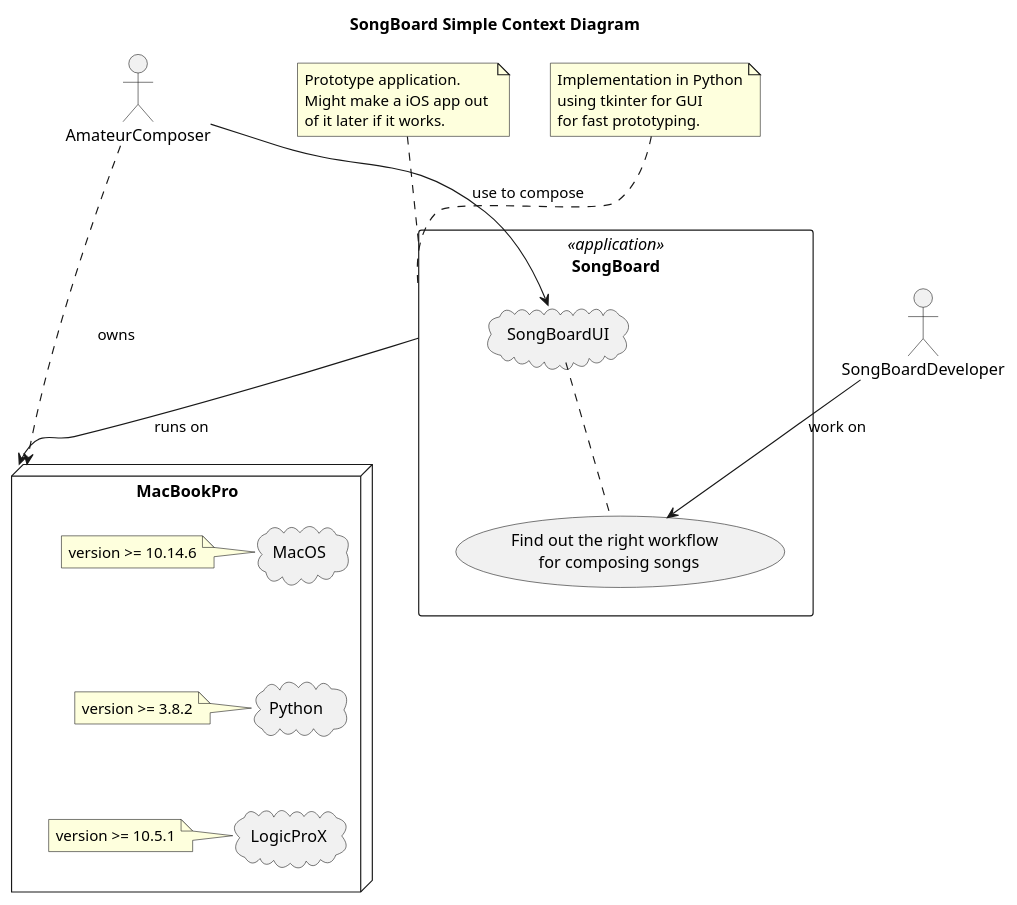
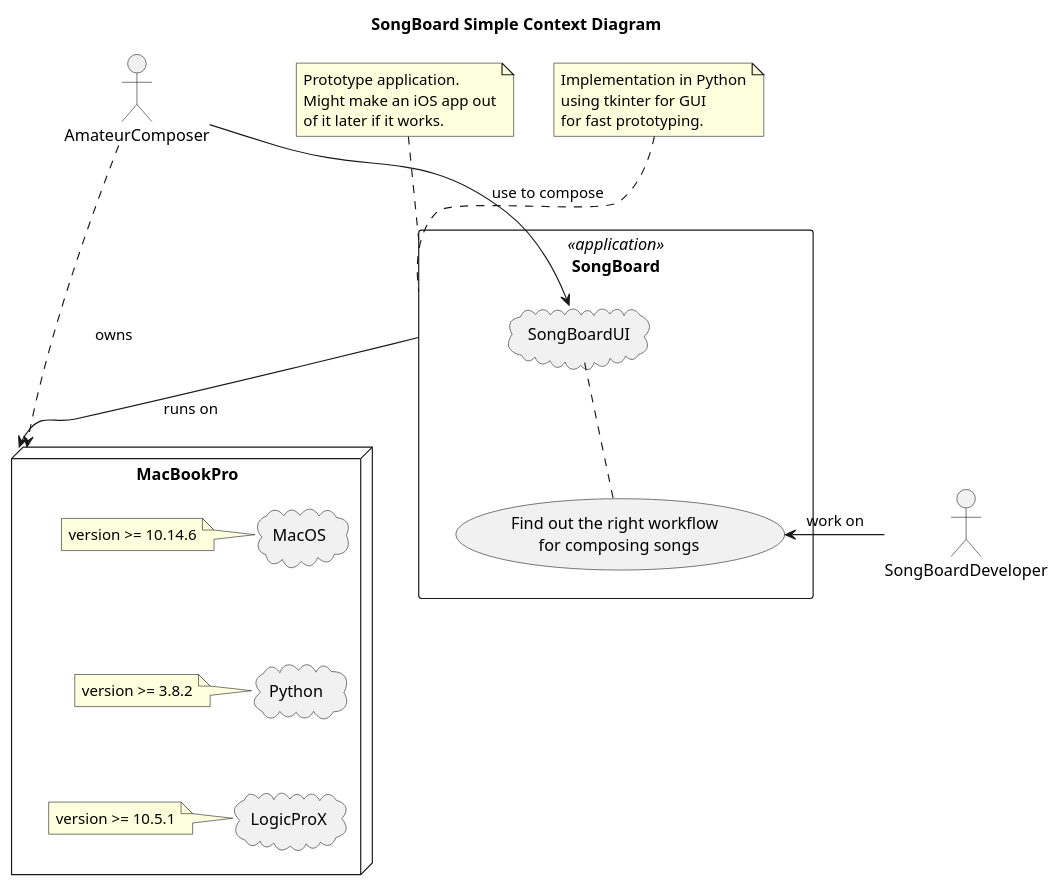
One commit to DrMarkusVoss/SongBoard changed the diagram in arch/01_context/SongBoard_Context_simple.puml. Above: the diagram before and after it, drawn with PlantUML. The commit also changed 4 other files, not shown here.

Commit message:
refactoring of puml files. re-use of simple diagrams by include in complex diagrams

```diff
--- a/arch/01_context/SongBoard_Context_simple.puml
+++ b/arch/01_context/SongBoard_Context_simple.puml
@@ -1,55 +1,55 @@
 @startuml
 
 skinparam componentStyle uml2
 
 title SongBoard Simple Context Diagram
 
 
-:AmateurComposer:
-:SongBoardDeveloper:
+:AmateurComposer: as ac
+:SongBoardDeveloper: as sd
 
  
 rectangle "SongBoard" <<application>> as sb {
     cloud SongBoardUI { 
     } 
     (Find out the right workflow \n for composing songs) as ucdw
     SongBoardUI .. ucdw
 } 
 
 note top of sb
     Prototype application.
-    Might make a iOS app out 
+    Might make an iOS app out
     of it later if it works.
 end note
 
 note top of sb
     Implementation in Python
     using tkinter for GUI 
     for fast prototyping.
 end note
 
 node MacBookPro {
 cloud MacOS {
 }
  note left of MacOS : version >= 10.14.6
 
 cloud Python {
  }
  note left of Python: version >= 3.8.2
 
 cloud LogicProX as lpx {
  }
  note left of lpx: version >= 10.5.1
 
 } 
 
 MacOS -[hidden]-> Python
 Python -[hidden]-> lpx
 
-AmateurComposer --> SongBoardUI : use to compose
+ac --> SongBoardUI : use to compose
 sb -down-> MacBookPro: runs on
-AmateurComposer ..> MacBookPro : owns
+ac ..> MacBookPro : owns
 
-SongBoardDeveloper --> ucdw : work on
+sd -r-> ucdw : work on
 
 @enduml
```
